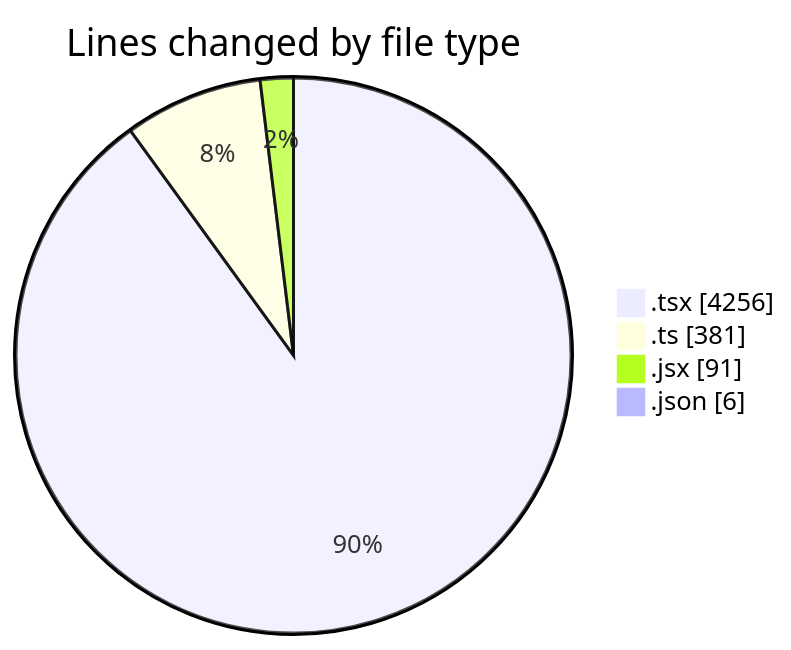
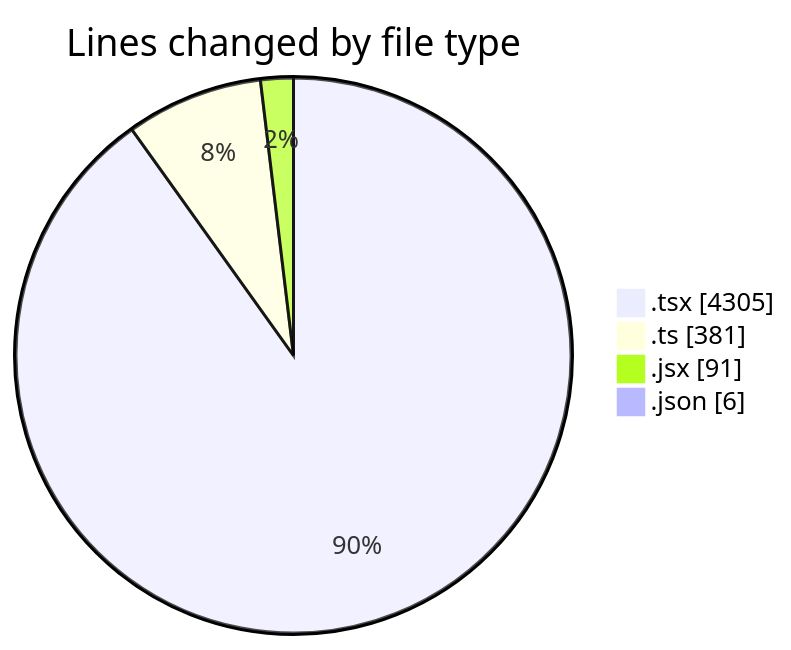
Before and after one commit to momahboobian/code-tracking: the first of 2 diagrams in 2026-04-27/cda/README.md, drawn with Mermaid. The commit also changed other lines of this file and 1 other file, not shown here.

````diff
--- a/2026-04-27/cda/README.md
+++ b/2026-04-27/cda/README.md
@@ -39,8 +39,8 @@
 ```mermaid
 pie showData
 title Lines changed by file type
-".tsx" : 4256
+".tsx" : 4305
 ".ts" : 381
 ".jsx" : 91
 ".json" : 6
 ```
````
